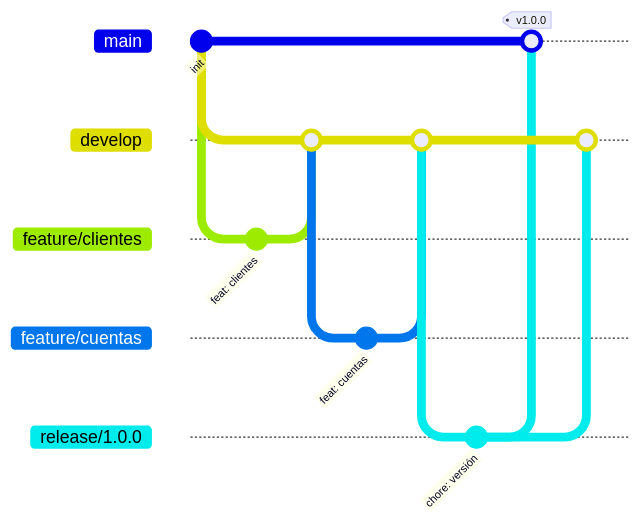
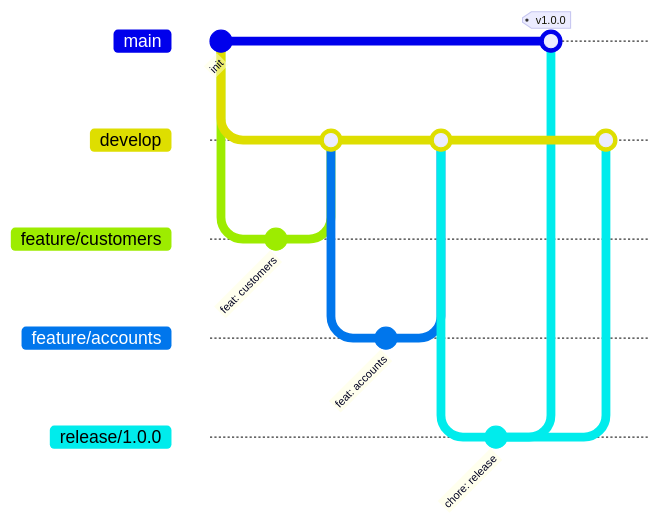
The diagram in docs/05-git-flow.md (Sofialjure/prueba-tecnica-entidad-financiera), drawn with Mermaid before and after one commit. The commit also changed other lines of this file and 8 other files, not shown here.

````diff
--- a/docs/05-git-flow.md
+++ b/docs/05-git-flow.md
@@ -15,20 +15,20 @@
 ```mermaid
 gitGraph
     commit id: "init"
     branch develop
     checkout develop
-    branch feature/clientes
-    commit id: "feat: clientes"
+    branch feature/customers
+    commit id: "feat: customers"
     checkout develop
-    merge feature/clientes
-    branch feature/cuentas
-    commit id: "feat: cuentas"
+    merge feature/customers
+    branch feature/accounts
+    commit id: "feat: accounts"
     checkout develop
-    merge feature/cuentas
+    merge feature/accounts
     branch release/1.0.0
-    commit id: "chore: versión"
+    commit id: "chore: release"
     checkout main
     merge release/1.0.0 tag: "v1.0.0"
     checkout develop
     merge release/1.0.0
 ```
````
